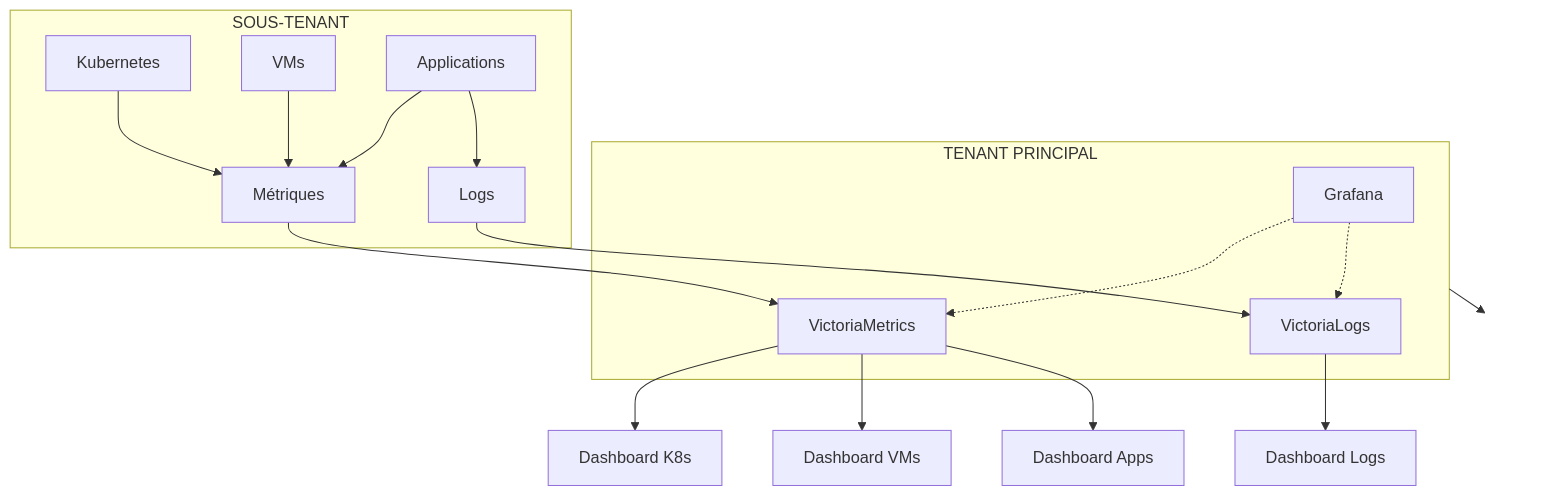
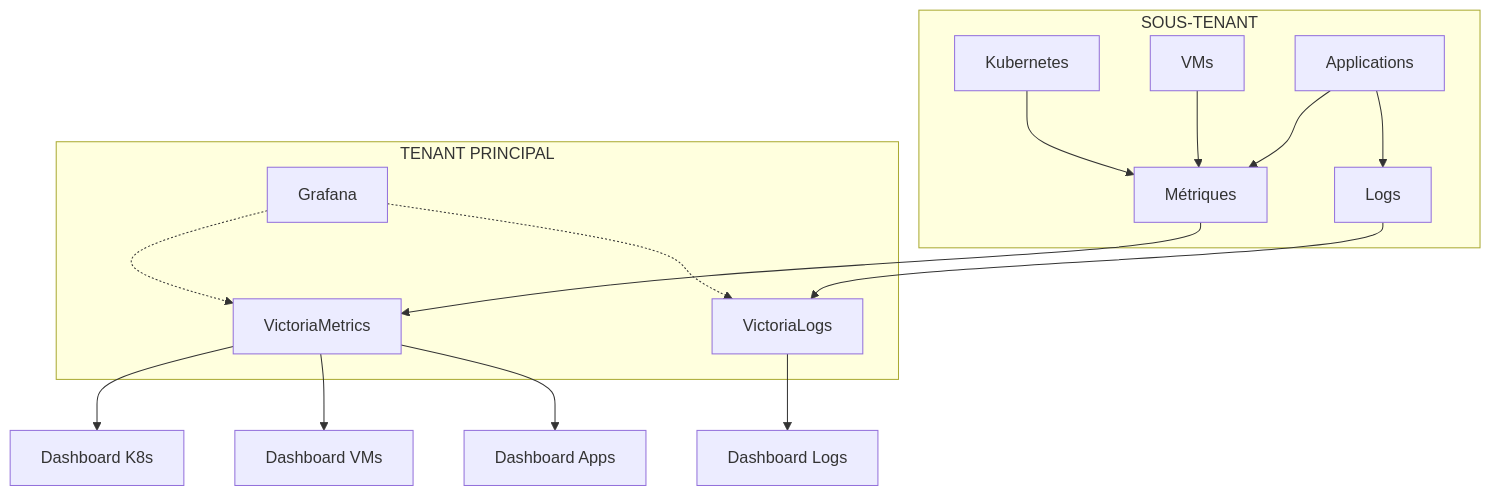
Before and after one commit to HidoraSwiss/hikube-public-doc: the second of 2 diagrams in versioned_docs/version-2.0/getting-started/concepts.md, drawn with Mermaid. The commit also changed 2 other files, not shown here.

Commit message:
refactor: streamline getting started and compute documentation for clarity
- Removed unnecessary whitespace and improved formatting in the concepts and quick start sections for better readability.
- Enhanced the prerequisites section by adding detailed installation instructions for required tools across different operating systems.
- Updated the compute overview to clarify the architecture and ensure consistency in terminology.

````diff
--- a/versioned_docs/version-2.0/getting-started/concepts.md
+++ b/versioned_docs/version-2.0/getting-started/concepts.md
@@ -77,35 +77,31 @@
 ```mermaid
 flowchart TD
     subgraph TENANT["TENANT PRINCIPAL"]
         G[Grafana]
         VM[VictoriaMetrics]
         VL[VictoriaLogs]
     end
-    
-    TENANT --> SPACER[ ]
-    
+
     subgraph SOUS["SOUS-TENANT"]
         K8S[Kubernetes]
         VMS[VMs]
         APP[Applications]
         M[Métriques]
         L[Logs]
     end
     
     G -.-> VM
     G -.-> VL
     K8S --> M
     VMS --> M
     APP --> M
     APP --> L
     
     M --> VM
     L --> VL
     
     VM --> D1[Dashboard K8s]
     VM --> D2[Dashboard VMs] 
     VM --> D3[Dashboard Apps]
     VL --> D4[Dashboard Logs]
-    
-    style SPACER fill:transparent,stroke:transparent
 ```
````
